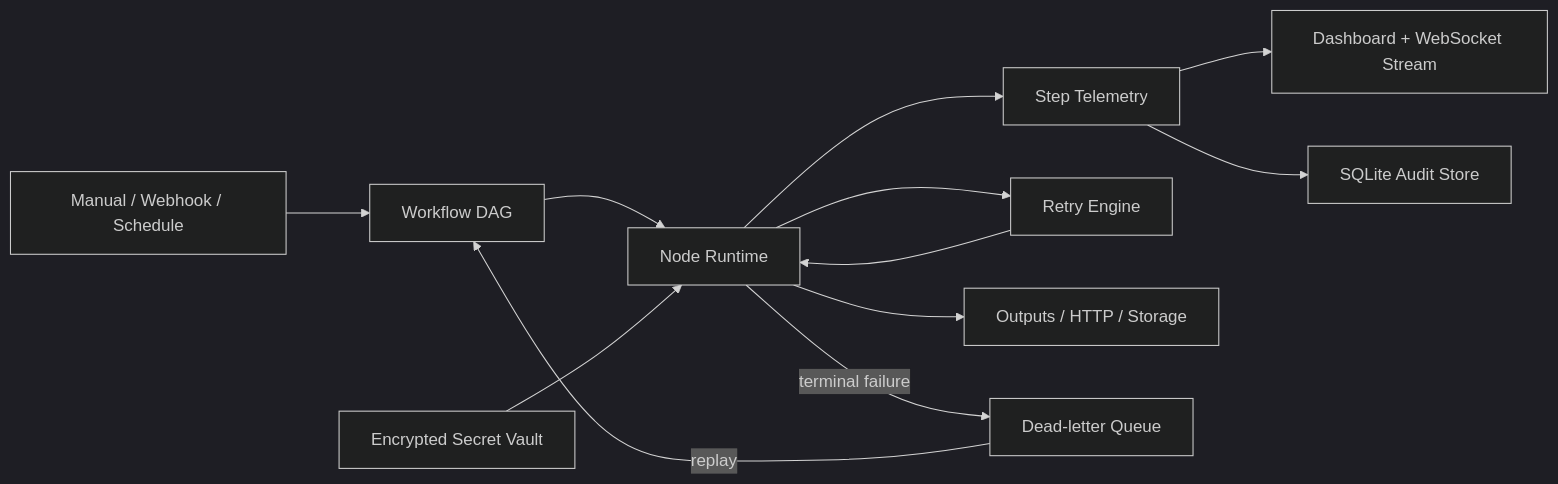
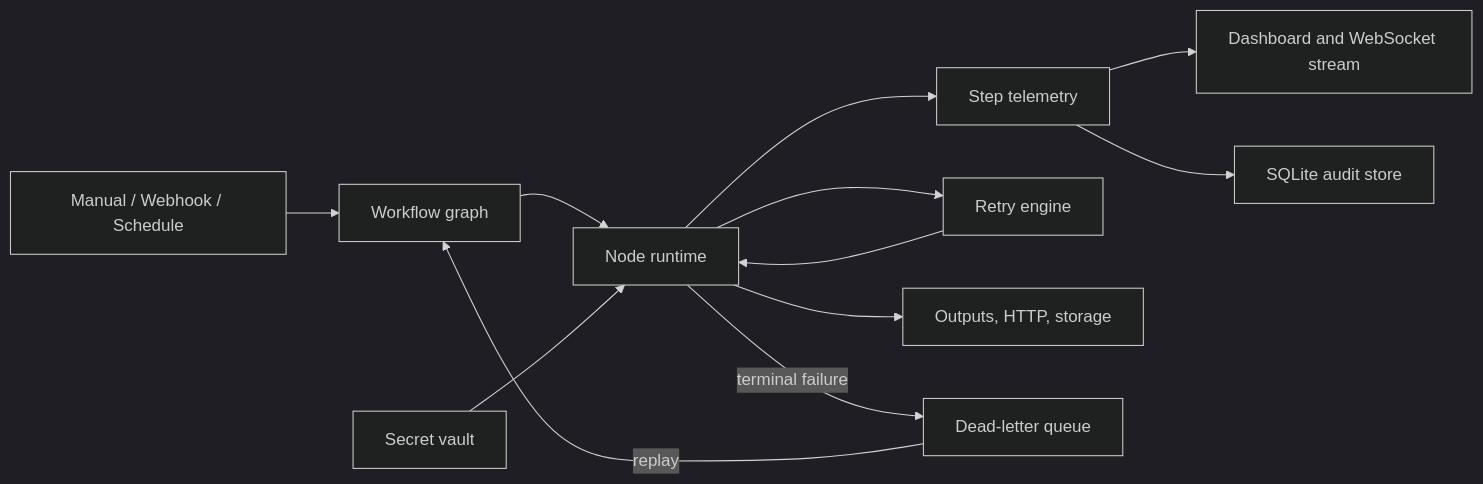
The diagram in README.md (artyom129/opsweave), drawn with Mermaid (dark theme) before and after one commit. The commit also changed other lines of this file and 3 other files, not shown here.

````diff
--- a/README.md
+++ b/README.md
@@ -28,14 +47,14 @@
 ```mermaid
 flowchart LR
-    A[Manual / Webhook / Schedule] --> B[Workflow DAG]
-    B --> C[Node Runtime]
-    C --> D[Step Telemetry]
-    C --> E[Retry Engine]
+    A["Manual / Webhook / Schedule"] --> B["Workflow graph"]
+    B --> C["Node runtime"]
+    C --> D["Step telemetry"]
+    C --> E["Retry engine"]
     E --> C
-    C --> F[Outputs / HTTP / Storage]
-    C -->|terminal failure| G[Dead-letter Queue]
-    G -->|replay| B
-    H[Encrypted Secret Vault] --> C
-    D --> I[Dashboard + WebSocket Stream]
-    D --> J[SQLite Audit Store]
+    C --> F["Outputs, HTTP, storage"]
+    C -->|"terminal failure"| G["Dead-letter queue"]
+    G -->|"replay"| B
+    H["Secret vault"] --> C
+    D --> I["Dashboard and WebSocket stream"]
+    D --> J["SQLite audit store"]
 ```
````
